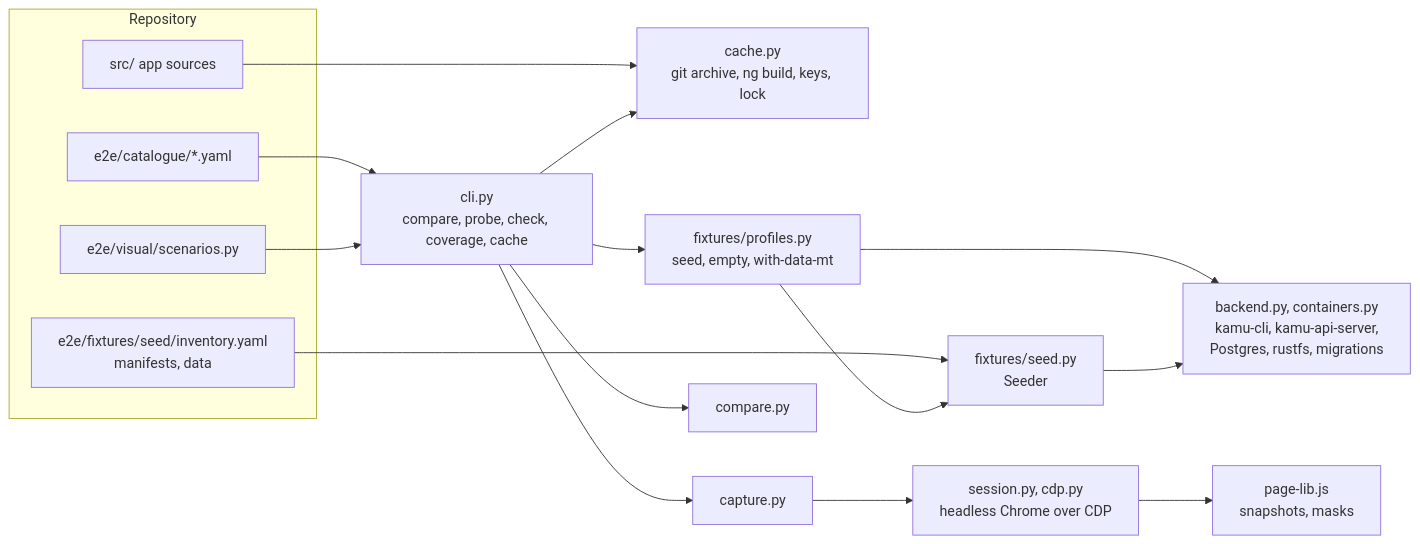
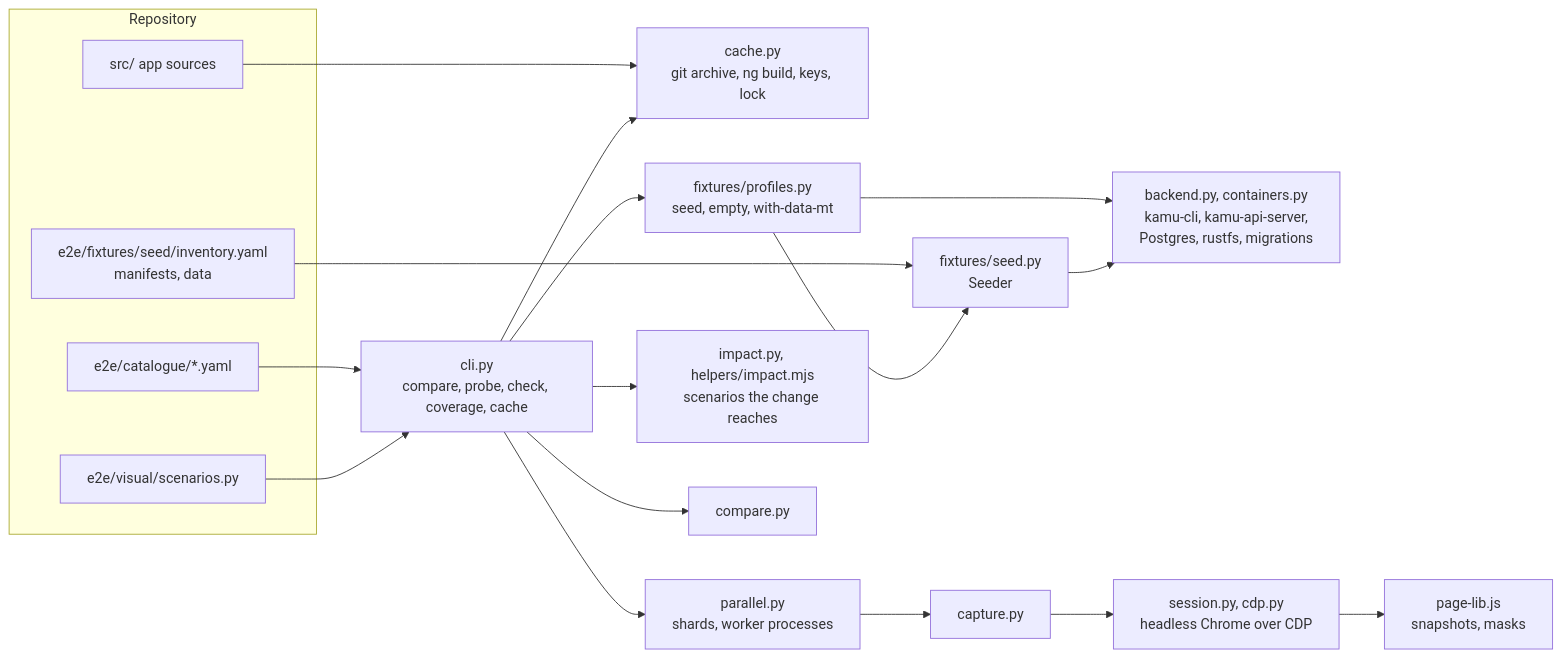
One commit to kamu-data/kamu-web-ui changed the first of 3 diagrams in docs/internal/visual-comparison.md. Above: the diagram before and after it, drawn with Mermaid. The commit also changed other lines of this file and 8 other files, not shown here.

First line of the commit message:
compare captures in parallel processes: shards per side, base and head and all profiles at once

````diff
--- a/docs/internal/visual-comparison.md
+++ b/docs/internal/visual-comparison.md
@@ -27,31 +27,35 @@
 ```mermaid
 flowchart LR
     subgraph repo[Repository]
         cat[e2e/catalogue/*.yaml]
         inv[e2e/fixtures/seed/inventory.yaml<br/>manifests, data]
         scen[e2e/visual/scenarios.py]
         app[src/ app sources]
     end
     cli[cli.py<br/>compare, probe, check, coverage, cache]
     cache[cache.py<br/>git archive, ng build, keys, lock]
     prof[fixtures/profiles.py<br/>seed, empty, with-data-mt]
     seed[fixtures/seed.py<br/>Seeder]
     be[backend.py, containers.py<br/>kamu-cli, kamu-api-server,<br/>Postgres, rustfs, migrations]
     sess[session.py, cdp.py<br/>headless Chrome over CDP]
     lib[page-lib.js<br/>snapshots, masks]
     cap[capture.py]
+    par[parallel.py<br/>shards, worker processes]
+    imp[impact.py, helpers/impact.mjs<br/>scenarios the change reaches]
     cmp[compare.py]
     cat --> cli
     scen --> cli
     inv --> seed
     app --> cache
     cli --> cache
     cli --> prof
     prof --> seed
     prof --> be
     seed --> be
-    cli --> cap
+    cli --> imp
+    cli --> par
+    par --> cap
     cap --> sess
     sess --> lib
     cli --> cmp
 ```
````
